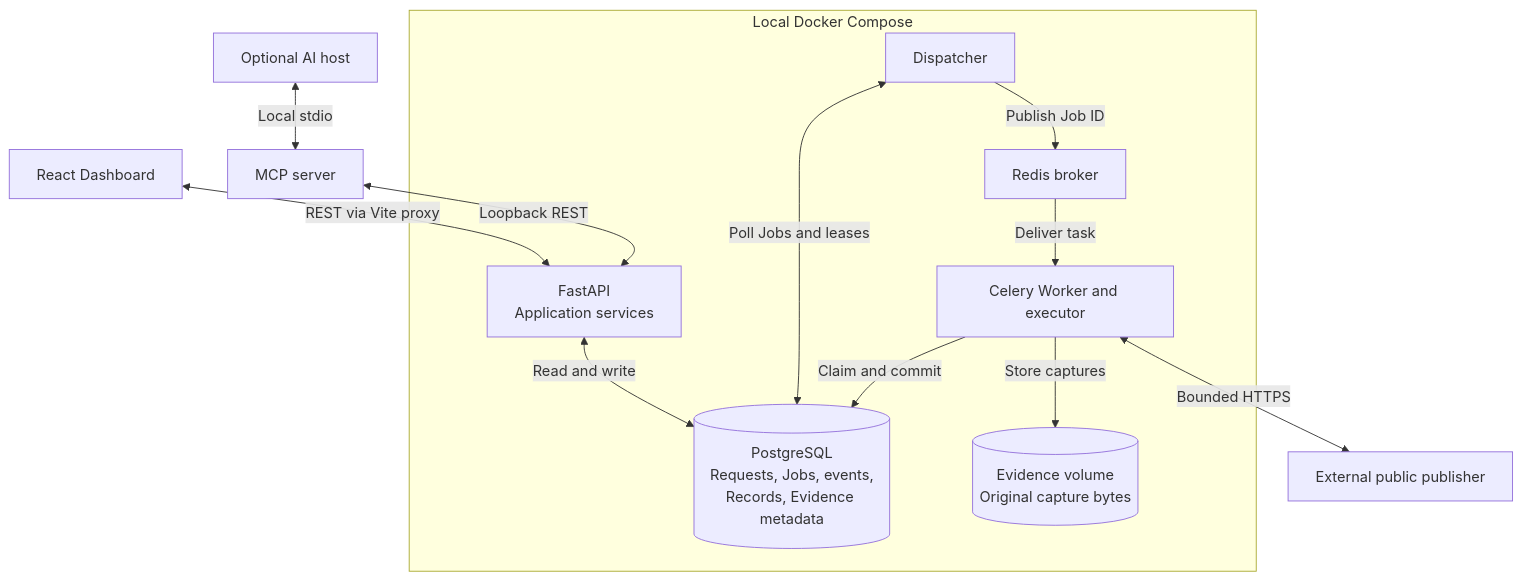
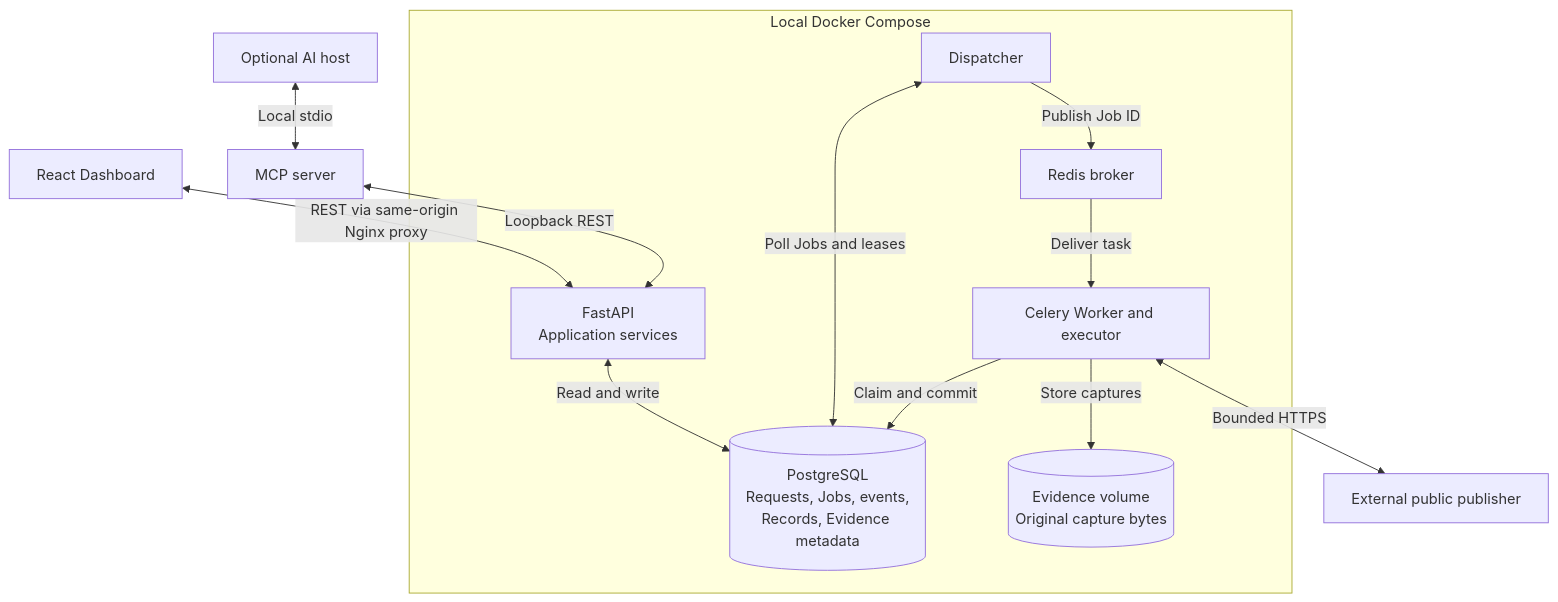
One commit to coffee030/adaptive-web-data-collection-platform changed the diagram in docs/architecture/System-Overview.md. Above: the diagram before and after it, drawn with Mermaid. The commit also changed other lines of this file and 9 other files, not shown here.

````diff
--- a/docs/architecture/System-Overview.md
+++ b/docs/architecture/System-Overview.md
@@ -7,24 +7,24 @@
 ```mermaid
 flowchart TB
     Dashboard["React Dashboard"]
     Host["Optional AI host"] <-->|Local stdio| MCP["MCP server"]
 
     subgraph Compose["Local Docker Compose"]
         API["FastAPI<br/>Application services"]
         DB[("PostgreSQL<br/>Requests, Jobs, events,<br/>Records, Evidence metadata")]
         Dispatcher["Dispatcher"]
         Redis["Redis broker"]
         Worker["Celery Worker and executor"]
         Volume[("Evidence volume<br/>Original capture bytes")]
         API <-->|Read and write| DB
         Dispatcher <-->|Poll Jobs and leases| DB
         Dispatcher -->|Publish Job ID| Redis
         Redis -->|Deliver task| Worker
         Worker -->|Claim and commit| DB
         Worker -->|Store captures| Volume
     end
 
-    Dashboard <-->|REST via Vite proxy| API
+    Dashboard <-->|REST via same-origin Nginx proxy| API
     MCP <-->|Loopback REST| API
     Worker <-->|Bounded HTTPS| Publisher["External public publisher"]
 ```
````
